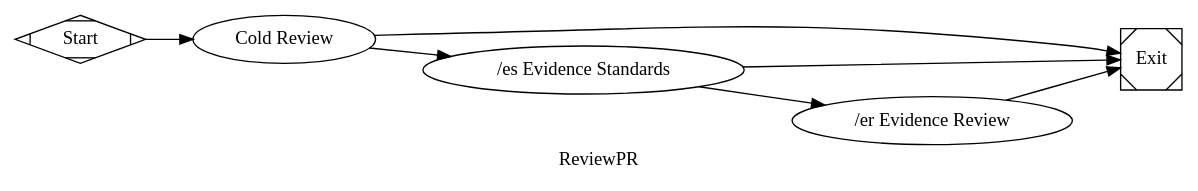
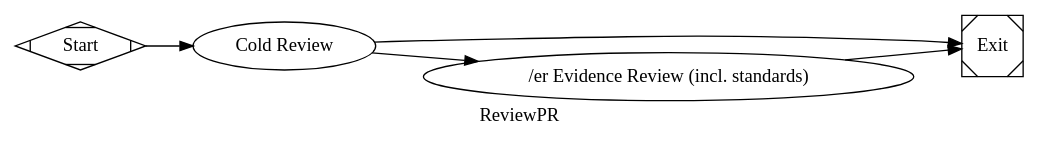
One commit to jleechanorg/dark-factory changed the diagram in pipelines/slim/review_pr.dot. Above: the diagram before and after it, drawn with Graphviz.

Commit message:
fix(review_pr): remove redundant gate_es, go direct to gate_er
gate_es (/es) in worldarchitect.ai context is a thin reference display alias
that outputs nothing actionable in --print mode. gate_er (/er) already
includes evidence standards check via /evidence_review → /es step 4.
Remove the broken intermediate step.

```diff
--- a/pipelines/slim/review_pr.dot
+++ b/pipelines/slim/review_pr.dot
@@ -1,29 +1,25 @@
 digraph ReviewPR {
     graph [
         goal="PR review: cold review + evidence gates (no holdout — holdouts test feature scenarios not PR diffs)."
         label="ReviewPR"
         rankdir=LR
     ]
 
     start  [shape=Mdiamond, label="Start"]
     exit   [shape=Msquare,  label="Exit"]
 
     review  [
         type="codergen",
         label="Cold Review",
         class="review",
         prompt="@prompts/slim/review.md",
         goal_gate=true
     ]
-    gate_es [type="gate_es",  label="/es Evidence Standards"]
-    gate_er [type="gate_er",  label="/er Evidence Review"]
+    gate_er [type="gate_er",  label="/er Evidence Review (incl. standards)"]
 
     start   -> review
-    review  -> gate_es  [condition="outcome=success"]
+    review  -> gate_er  [condition="outcome=success"]
     review  -> exit     [condition="outcome!=success"]
-
-    gate_es -> gate_er  [condition="outcome=success"]
-    gate_es -> exit     [condition="outcome!=success"]
 
     gate_er -> exit
 }
```
